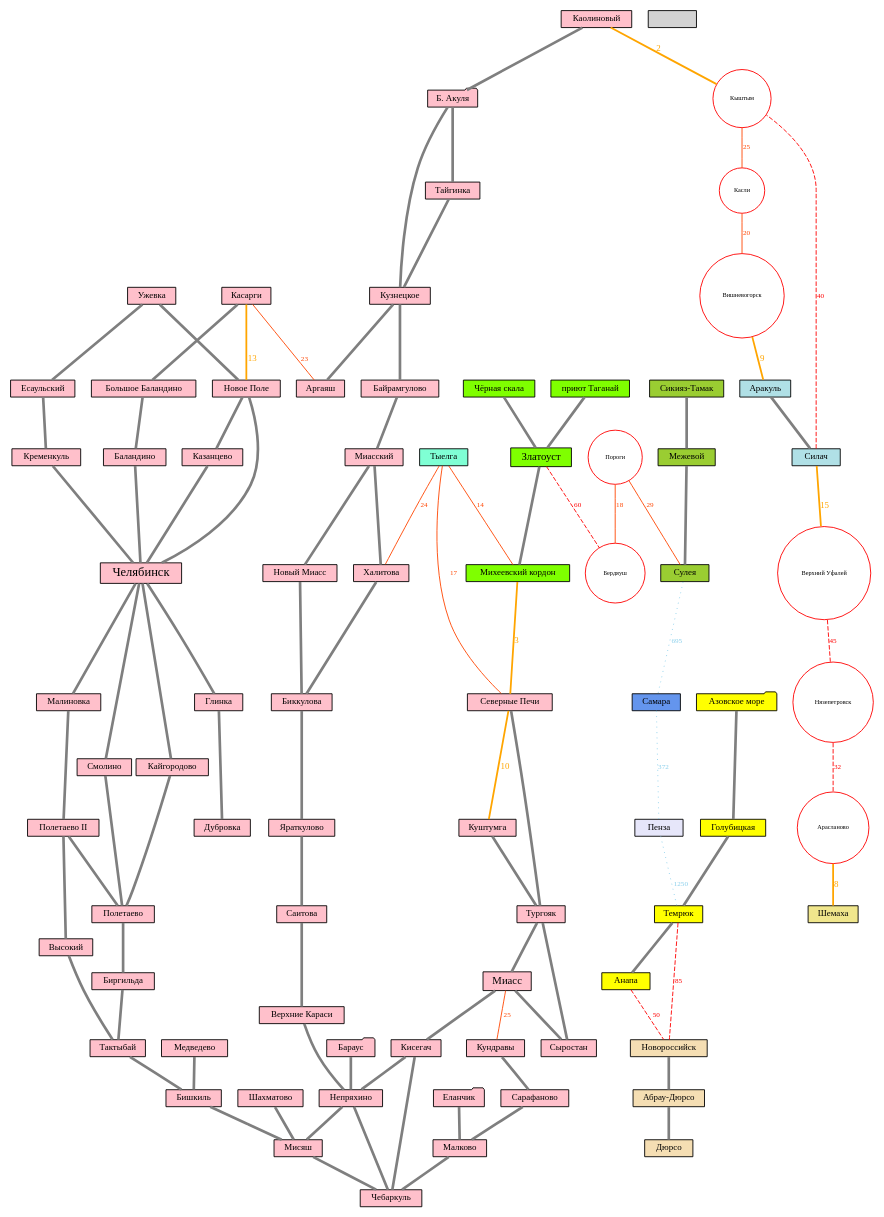
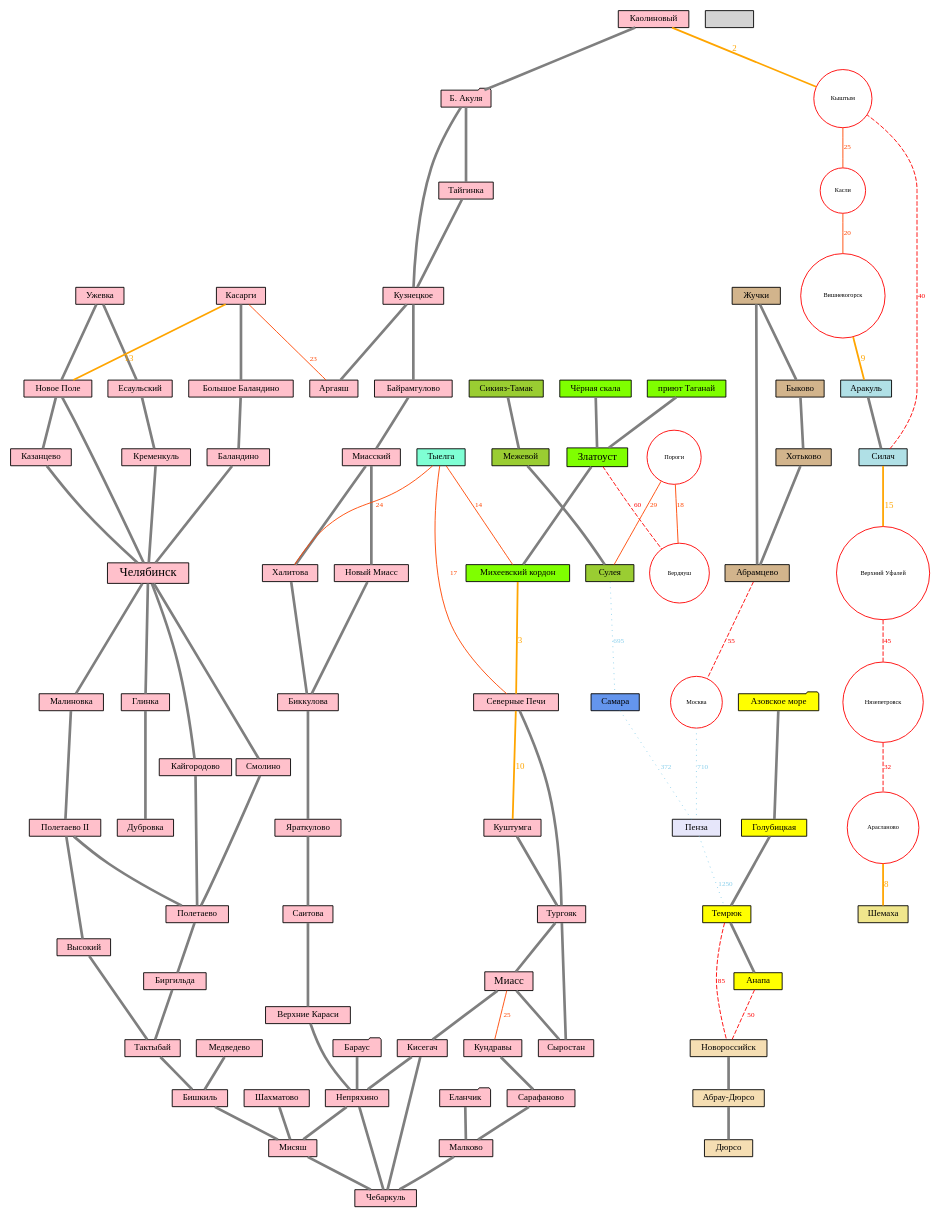
One commit to shoorick/bike-area changed the diagram in bike-area.dot. Above: the diagram before and after it, drawn with Graphviz. The commit also changed 2 other files, not shown here.

Commit message:
Add subgraph for Zhuchki

```diff
--- a/bike-area.dot
+++ b/bike-area.dot
@@ -1,143 +1,153 @@
 graph G {
     node [ shape=box, fontsize=10, fontname="Droid Sans", style=filled, height=0.2 ]
     edge [ color=gray50, penwidth=3, fontname="Droid Sans" ]
     graph [ overlap=false ]
 
     subgraph main {
         node [ fillcolor=pink ]
         Челябинск [ fontsize=14 ]
 
         "Б. Акуля" [ shape=folder ]
         "Бараус"   [ shape=folder ]
         "Еланчик"  [ shape=folder ]
 
         Миасс [ fontsize=12 ]
         Челябинск -- Смолино -- Полетаево -- Биргильда -- Тактыбай -- Бишкиль -- Мисяш -- Чебаркуль
         Миасс -- Кисегач -- Чебаркуль
         Кисегач -- Непряхино -- Мисяш
         Шахматово -- Мисяш
         Медведево -- Бишкиль
         Челябинск -- Малиновка -- "Полетаево II" -- Высокий -- Тактыбай
         "Полетаево II" -- Полетаево
         Каолиновый -- "Б. Акуля" -- Кузнецкое -- Байрамгулово -- Миасский -- "Новый Миасс" -- Биккулова -- Яраткулово -- Саитова -- "Верхние Караси" -- Непряхино
         Кундравы -- Сарафаново -- Малково
         Бараус -- Непряхино -- Чебаркуль
         Миасский -- Халитова -- Биккулова
         Еланчик -- Малково -- Чебаркуль
         "Б. Акуля" -- Тайгинка -- Кузнецкое -- Аргаяш
         Челябинск -- Кайгородово -- Полетаево
         Ужевка -- Есаульский -- Кременкуль -- Челябинск
         Касарги -- "Большое Баландино" -- Баландино -- Челябинск
         "Северные Печи" -- Тургояк -- Миасс -- Сыростан
         Куштумга -- Тургояк -- Сыростан
         Ужевка -- "Новое Поле" -- Казанцево -- Челябинск
         "Новое Поле" -- Челябинск
         Челябинск -- Глинка -- Дубровка
     }
 
     subgraph north {
         node [ fillcolor=powderblue ]
 
         Аракуль -- Силач
     }
 
     subgraph penza {
         node [ fillcolor=lavender ]
 
         Пенза
     }
 
     subgraph samara {
         node [ fillcolor=cornflowerblue ]
 
         Самара
     }
 
     subgraph shemakha {
         node [ fillcolor=khaki ]
 
         Шемаха
     }
 
     subgraph mount {
         node [ fillcolor=chartreuse ]
         Златоуст [ fontsize=12 ]
 
         //"Чёрная скала" [ shape=hexagon, height=0.2 ]
         "Чёрная скала" -- Златоуст -- "Михеевский кордон"
         "приют Таганай" -- Златоуст
     }
 
     subgraph ai {
         node [ fillcolor=yellowgreen ]
 
         "Сикияз-Тамак" -- Межевой -- Сулея
     }
 
     subgraph south1 {
         node [ fillcolor=yellow ]
         "Азовское море" [ shape=folder ]
         "Азовское море" -- Голубицкая -- Темрюк -- Анапа
     }
 
     subgraph south2 {
         node [ fillcolor=wheat ]
 
         Новороссийск -- "Абрау-Дюрсо" -- Дюрсо
     }
 
     subgraph tyelga {
         node [ fillcolor=aquamarine ]
 
         Тыелга
     }
 
+    subgraph zhuchki {
+        node [ fillcolor=tan ]
+
+        Жучки -- Абрамцево
+        Жучки -- Быково -- Хотьково -- Абрамцево
+    }
+
     subgraph failed_cities {
         node [ shape="circle",fillcolor="white",color="red",fontsize=7, height=0.1 ]
         Кыштым Касли Пороги Бердяуш Вишневогорск
         Арасланово Нязепетровск "Верхний Уфалей"
+        Москва
     }
 
     subgraph failed {
 
         // Ближние — можно пройти за час
         edge [ color=orange, fontcolor=orange, fontsize=10, penwidth=2 ]
         Каолиновый -- Кыштым [ label=2 ]
         "Михеевский кордон" -- "Северные Печи" [ label=3 ]
         Вишневогорск -- Аракуль  [ label=9 ]
         "Северные Печи" -- Куштумга [ label=10 ]
         Касарги -- "Новое Поле" [ label=13 ]
         Силач -- "Верхний Уфалей" [ label=15 ]
         Арасланово -- Шемаха [ label=8 ]
 
         // Ближние
         edge [ color=orangered, fontcolor=orangered, fontsize=8, penwidth=1 ]
         Пороги -- Бердяуш [ label=18 ]
         Миасс -- Кундравы [ label=25 ]
         Касарги -- Аргаяш [ label=23 ]
         Пороги -- Сулея  [ label=29 ]
         Кыштым -- Касли  [ label=25 ]
         Касли -- Вишневогорск [ label=20]
         Тыелга -- "Михеевский кордон" [ label=14 ]
         Тыелга -- "Северные Печи" [ label=17 ]
         Тыелга -- Халитова [ label=24 ]
 
         // Средние — можно пройти за день
         edge [ color=red, fontcolor=red, style="dashed" ]
         Силач -- Кыштым  [ label=40 ]
         Анапа -- Новороссийск [ label=50 ]
         Златоуст -- Бердяуш [ label=60 ]
         Нязепетровск -- Арасланово [ label=32 ]
         "Верхний Уфалей" -- Нязепетровск [ label=45 ]
+        Абрамцево -- Москва [ label=55 ]
         Темрюк -- Новороссийск [ label=85 ]
 
         // Дальние
         edge [ color=plum, fontcolor=plum, style="dotted" ]
 
         // Совсем дальние — нереально проехать
         edge [ color=skyblue, fontcolor=skyblue ]
         Самара -- Пенза [ label=372 ]
+        Москва -- Пенза [ label=710 ]
         Сулея -- Самара [ label=695 ]
         Пенза -- Темрюк [ label=1250 ]
     }
 }
```
